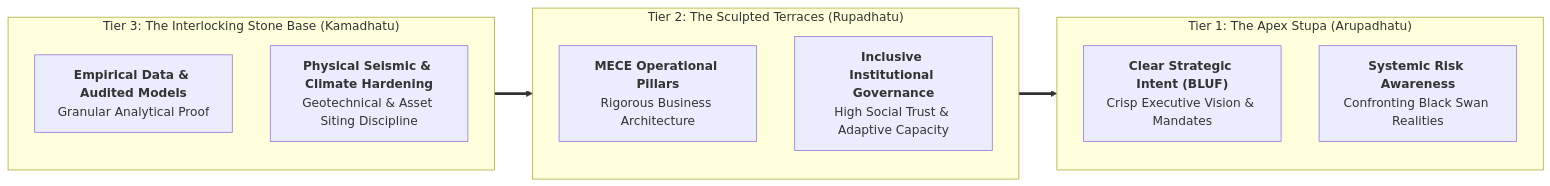
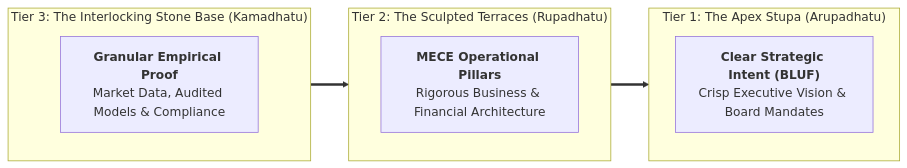
Before and after one commit to egxl/MBA: the fourth of 4 diagrams in content/rabuan/2026-09-30-buckingham-minto-method.md, drawn with Mermaid. The commit also changed other lines of this file and 89 other files, not shown here.

````diff
--- a/content/rabuan/2026-09-30-buckingham-minto-method.md
+++ b/content/rabuan/2026-09-30-buckingham-minto-method.md
@@ -208,22 +139,19 @@
 ```mermaid
 flowchart LR
     subgraph StupaLevel ["Tier 1: The Apex Stupa (Arupadhatu)"]
         direction TB
-        S1["<b>Clear Strategic Intent (BLUF)</b><br/>Crisp Executive Vision & Mandates"]
-        S2["<b>Systemic Risk Awareness</b><br/>Confronting Black Swan Realities"]
+        S1["<b>Clear Strategic Intent (BLUF)</b><br/>Crisp Executive Vision & Board Mandates"]
     end
 
     subgraph TerraceLevel ["Tier 2: The Sculpted Terraces (Rupadhatu)"]
         direction TB
-        T1["<b>MECE Operational Pillars</b><br/>Rigorous Business Architecture"]
-        T2["<b>Inclusive Institutional Governance</b><br/>High Social Trust & Adaptive Capacity"]
+        T1["<b>MECE Operational Pillars</b><br/>Rigorous Business & Financial Architecture"]
     end
 
     subgraph BedrockLevel ["Tier 3: The Interlocking Stone Base (Kamadhatu)"]
         direction TB
-        B1["<b>Empirical Data & Audited Models</b><br/>Granular Analytical Proof"]
-        B2["<b>Physical Seismic & Climate Hardening</b><br/>Geotechnical & Asset Siting Discipline"]
+        B1["<b>Granular Empirical Proof</b><br/>Market Data, Audited Models & Compliance"]
     end
 
     BedrockLevel ==> TerraceLevel ==> StupaLevel
 ```
````
